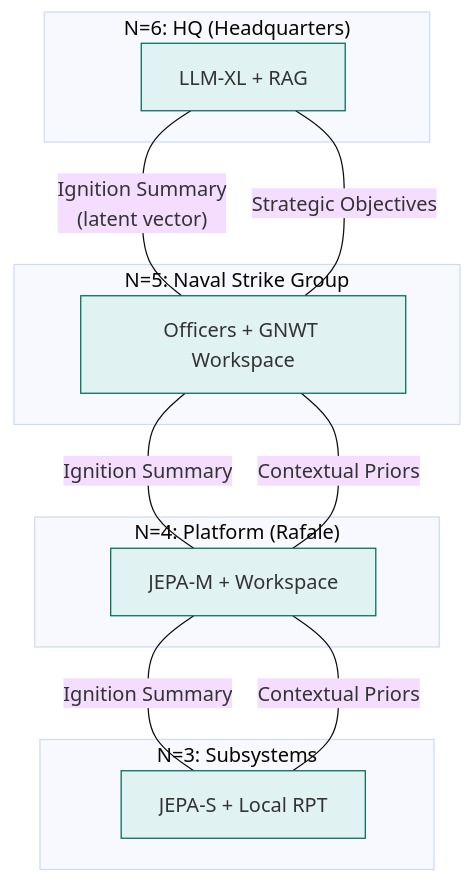
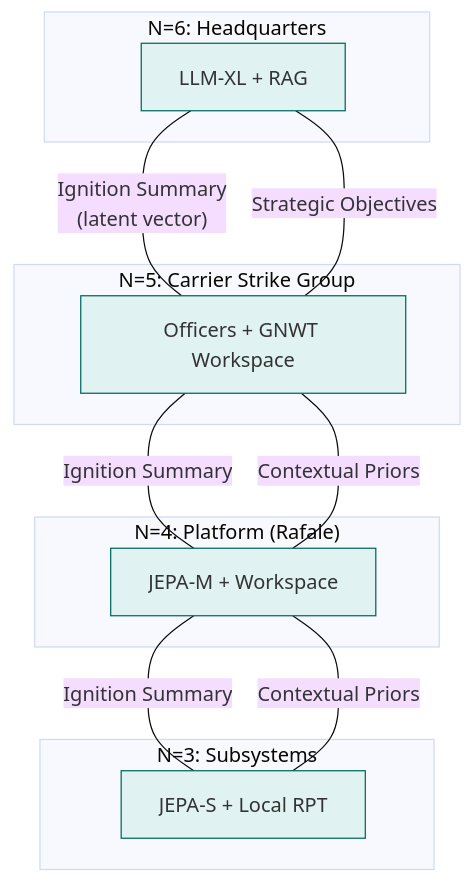
One commit to AlainCo/GNWT-Garrigue-X-en changed the first of 6 diagrams in concepts/concepts.md. Above: the diagram before and after it, drawn with Mermaid (base theme). The commit also changed other lines of this file and 21 other files, not shown here.

````diff
--- a/concepts/concepts.md
+++ b/concepts/concepts.md
@@ -23,29 +22,29 @@
 ```mermaid
 flowchart TD
-    subgraph N6 ["N=6: HQ (Headquarters)"]
+    subgraph N6 ["N=6: Headquarters"]
         N6c["LLM-XL + RAG"]
     end
 
-    subgraph N5 ["N=5: Naval Strike Group"]
+    subgraph N5 ["N=5: Carrier Strike Group"]
         N5c["Officers + GNWT Workspace"]
     end
 
     subgraph N4 ["N=4: Platform (Rafale)"]
         N4c["JEPA-M + Workspace"]
     end
 
     subgraph N3 ["N=3: Subsystems"]
         N3c["JEPA-S + Local RPT"]
     end
 
     N6c ---|"Ignition Summary\n(latent vector)"| N5c
     N5c ---|"Ignition Summary"| N4c
     N4c ---|"Ignition Summary"| N3c
 
     N3c ---|"Contextual Priors"| N4c
     N4c ---|"Contextual Priors"| N5c
     N5c ---|"Strategic Objectives"| N6c
 
     classDef blanket fill:#e0f2f1,stroke:#00695c
     class N3c,N4c,N5c,N6c blanket
 ```
````
